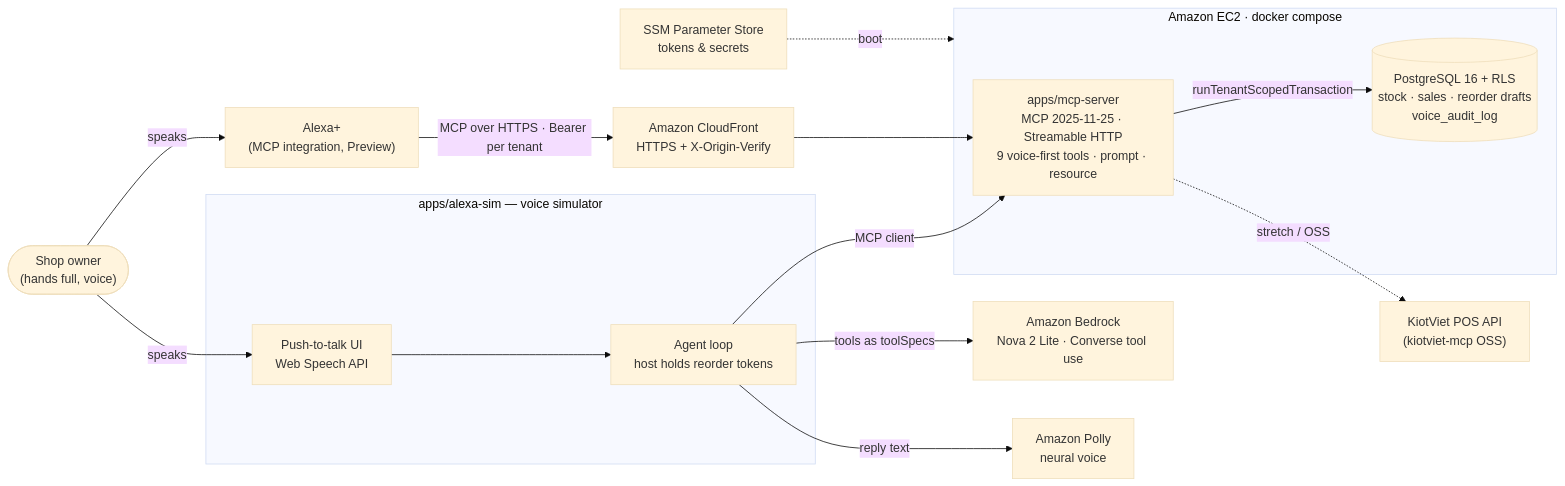
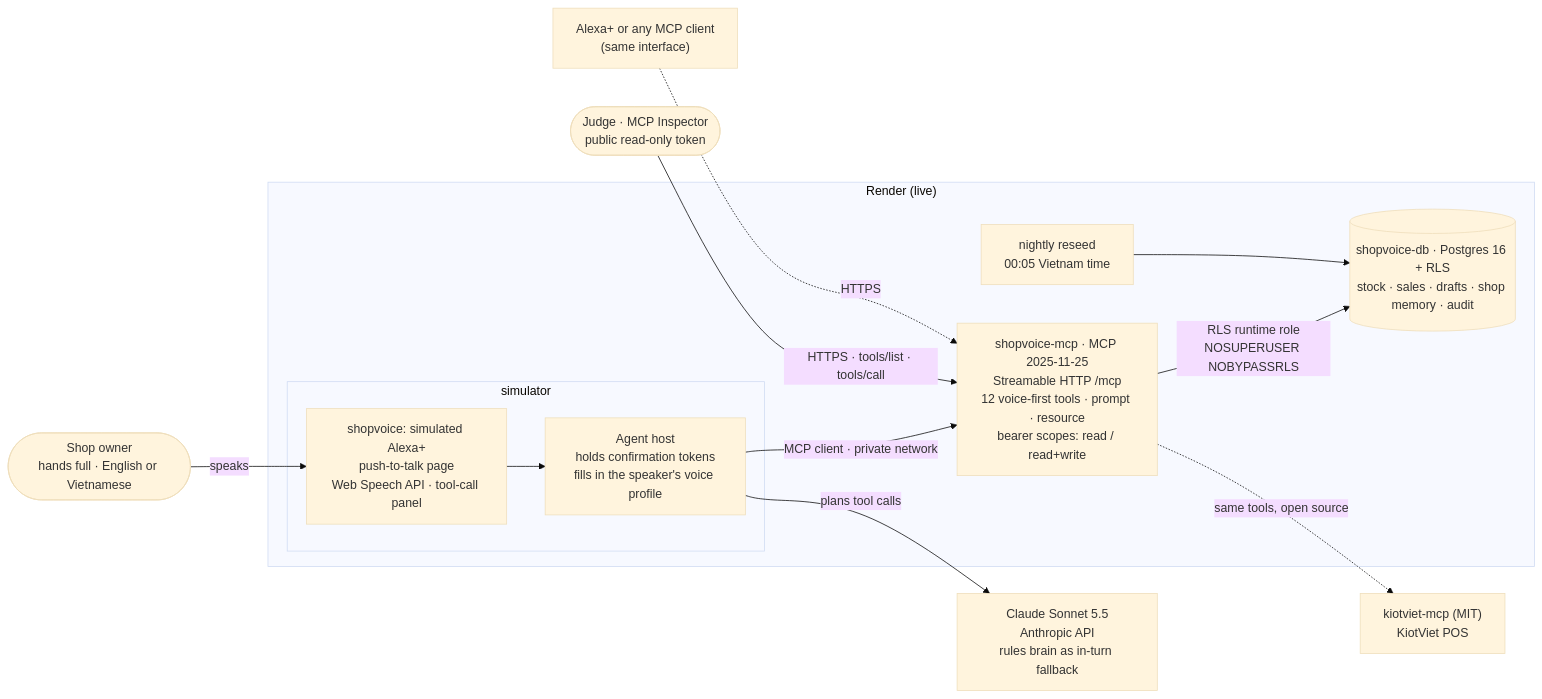
One commit to vansyson1308/groceryclaw changed the diagram in docs/hackathon/architecture.mmd. Above: the diagram before and after it, drawn with Mermaid (base theme). The commit also changed 9 other files, not shown here.

First line of the commit message:
feat(video): v2 storyboard for the hosted demo; honest architecture diagram

```diff
--- a/docs/hackathon/architecture.mmd
+++ b/docs/hackathon/architecture.mmd
@@ -1,28 +1,23 @@
 flowchart LR
-  owner(["Shop owner<br/>(hands full, voice)"])
-  alexa["Alexa+<br/>(MCP integration, Preview)"]
-  subgraph sim["apps/alexa-sim — voice simulator"]
-    ui["Push-to-talk UI<br/>Web Speech API"]
-    agent["Agent loop<br/>host holds reorder tokens"]
+  owner(["Shop owner<br/>hands full · English or Vietnamese"])
+  judge(["Judge · MCP Inspector<br/>public read-only token"])
+  subgraph render["Render (live)"]
+    subgraph sim["simulator"]
+      ui["shopvoice: simulated Alexa+<br/>push-to-talk page<br/>Web Speech API · tool-call panel"]
+      host["Agent host<br/>holds confirmation tokens<br/>fills in the speaker's voice profile"]
+    end
+    mcp["shopvoice-mcp · MCP 2025-11-25<br/>Streamable HTTP /mcp<br/>12 voice-first tools · prompt · resource<br/>bearer scopes: read / read+write"]
+    db[("shopvoice-db · Postgres 16 + RLS<br/>stock · sales · drafts · shop memory · audit")]
+    cron["nightly reseed<br/>00:05 Vietnam time"]
   end
-  bedrock["Amazon Bedrock<br/>Nova 2 Lite · Converse tool use"]
-  polly["Amazon Polly<br/>neural voice"]
-  cf["Amazon CloudFront<br/>HTTPS + X-Origin-Verify"]
-  subgraph ec2["Amazon EC2 · docker compose"]
-    mcp["apps/mcp-server<br/>MCP 2025-11-25 · Streamable HTTP<br/>9 voice-first tools · prompt · resource"]
-    pg[("PostgreSQL 16 + RLS<br/>stock · sales · reorder drafts<br/>voice_audit_log")]
-  end
-  ssm["SSM Parameter Store<br/>tokens & secrets"]
-  kv["KiotViet POS API<br/>(kiotviet-mcp OSS)"]
-
-  owner -- speaks --> alexa
-  owner -- speaks --> ui
-  ui --> agent
-  agent -- tools as toolSpecs --> bedrock
-  agent -- reply text --> polly
-  alexa -- "MCP over HTTPS · Bearer per tenant" --> cf
-  agent -- "MCP client" --> mcp
-  cf --> mcp
-  mcp -- "runTenantScopedTransaction" --> pg
-  ssm -. boot .-> ec2
-  mcp -. "stretch / OSS" .-> kv
+  claude["Claude Sonnet 5.5<br/>Anthropic API<br/>rules brain as in-turn fallback"]
+  alexa["Alexa+ or any MCP client<br/>(same interface)"]
+  oss["kiotviet-mcp (MIT)<br/>KiotViet POS"]
+  owner -- speaks --> ui --> host
+  host -- "plans tool calls" --> claude
+  host -- "MCP client · private network" --> mcp
+  judge -- "HTTPS · tools/list · tools/call" --> mcp
+  alexa -. "HTTPS" .-> mcp
+  mcp -- "RLS runtime role<br/>NOSUPERUSER NOBYPASSRLS" --> db
+  cron --> db
+  mcp -. "same tools, open source" .-> oss
```
